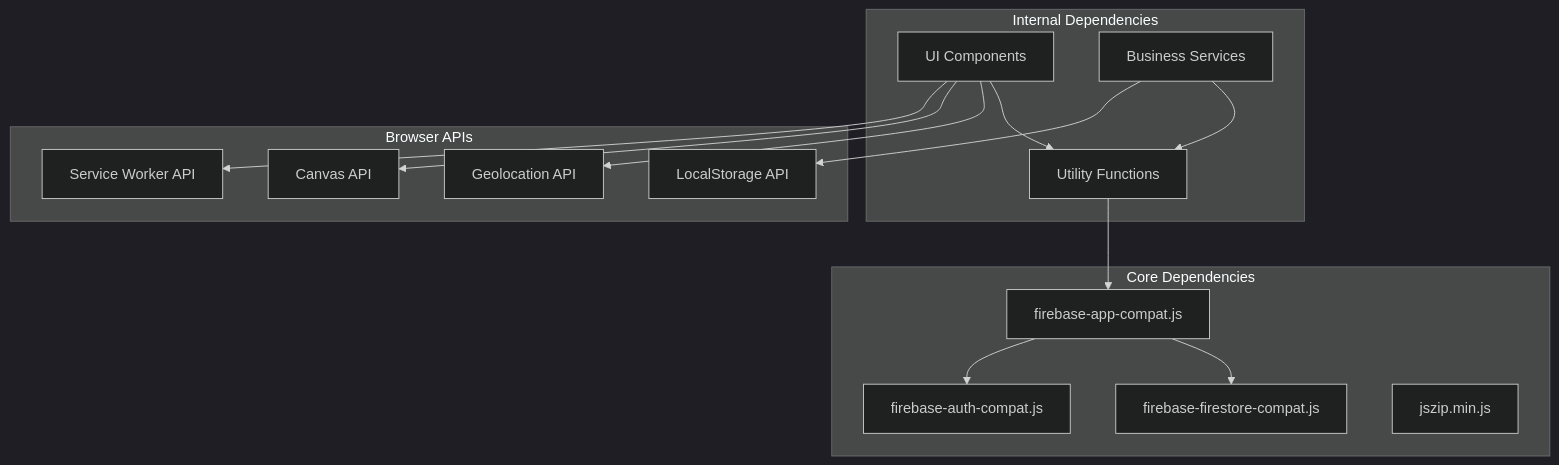
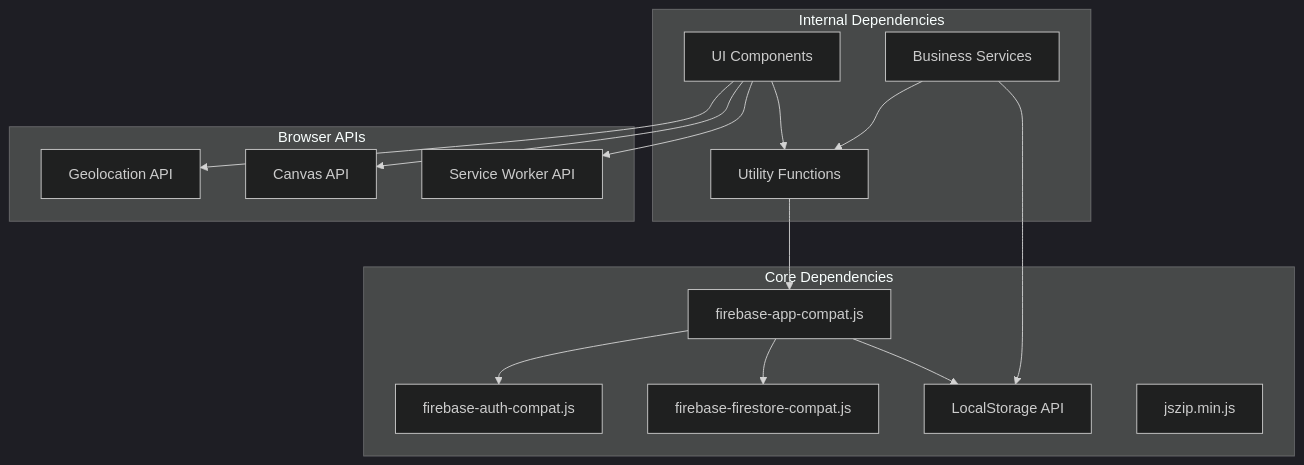
Diagram 11 of 11 in .qoder/repowiki/en/content/Technical Architecture/Single-File Application Architecture.md (enga018/newserchhipnorthvc), drawn with Mermaid (dark theme) before and after one commit. The commit also changed other lines of this file and 10 other files, not shown here.

````diff
--- a/.qoder/repowiki/en/content/Technical Architecture/Single-File Application Architecture.md
+++ b/.qoder/repowiki/en/content/Technical Architecture/Single-File Application Architecture.md
@@ -416,29 +445,31 @@
 ```mermaid
 graph TB
 subgraph "Core Dependencies"
 Firebase[firebase-app-compat.js]
 Auth[firebase-auth-compat.js]
 Firestore[firebase-firestore-compat.js]
+Storage[firebase-storage-compat.js]
 JSZip[jszip.min.js]
 end
 subgraph "Internal Dependencies"
 Utils[Utility Functions]
 Components[UI Components]
 Services[Business Services]
 end
 subgraph "Browser APIs"
 Geolocation[Geolocation API]
 Canvas[Canvas API]
 Storage[LocalStorage API]
 ServiceWorker[Service Worker API]
 end
 Firebase --> Firestore
 Firebase --> Auth
+Firebase --> Storage
 Utils --> Firebase
 Components --> Utils
 Services --> Utils
 Components --> Geolocation
 Components --> Canvas
 Services --> Storage
 Components --> ServiceWorker
 ```
````
